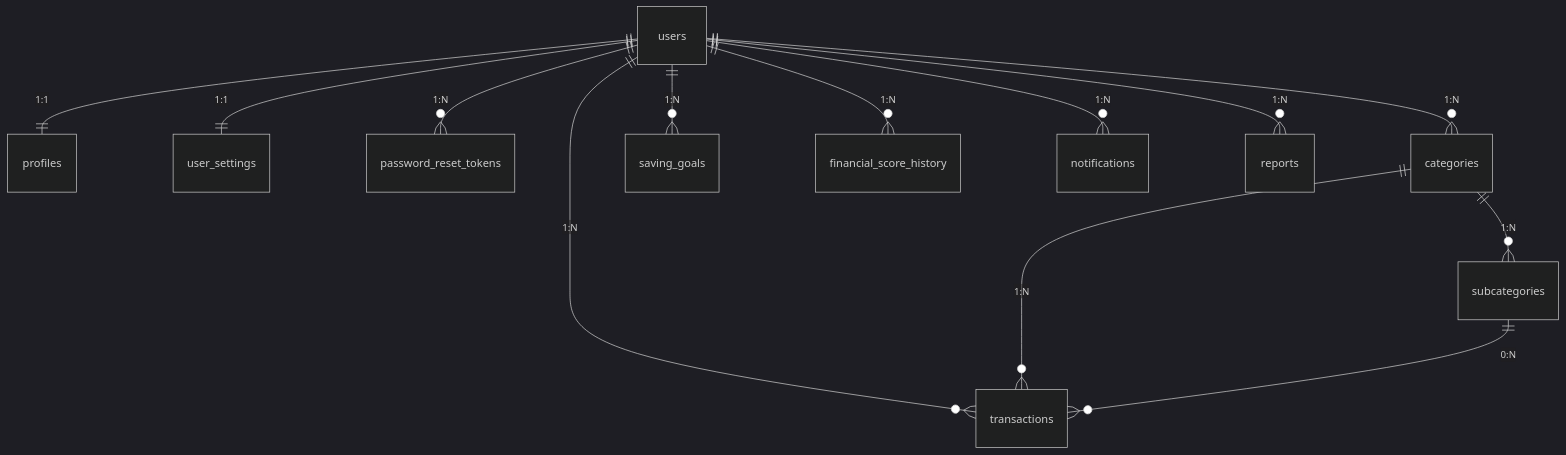
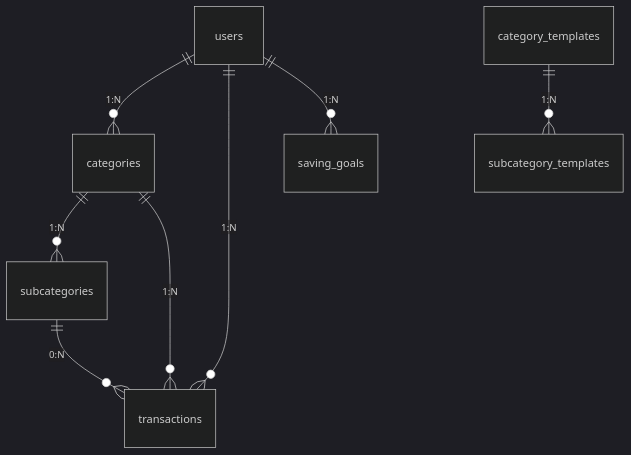
Before and after one commit to gabrido7/MindMoney: the diagram in database/README.md, drawn with Mermaid (dark theme). The commit also changed other lines of this file and 4 other files, not shown here.

````diff
--- a/database/README.md
+++ b/database/README.md
@@ -11,15 +28,10 @@
 ```mermaid
 erDiagram
-    users ||--|| profiles : "1:1"
-    users ||--|| user_settings : "1:1"
-    users ||--o{ password_reset_tokens : "1:N"
     users ||--o{ categories : "1:N"
     categories ||--o{ subcategories : "1:N"
     users ||--o{ transactions : "1:N"
     categories ||--o{ transactions : "1:N"
     subcategories ||--o{ transactions : "0:N"
     users ||--o{ saving_goals : "1:N"
-    users ||--o{ financial_score_history : "1:N"
-    users ||--o{ notifications : "1:N"
-    users ||--o{ reports : "1:N"
+    category_templates ||--o{ subcategory_templates : "1:N"
 ```
````
